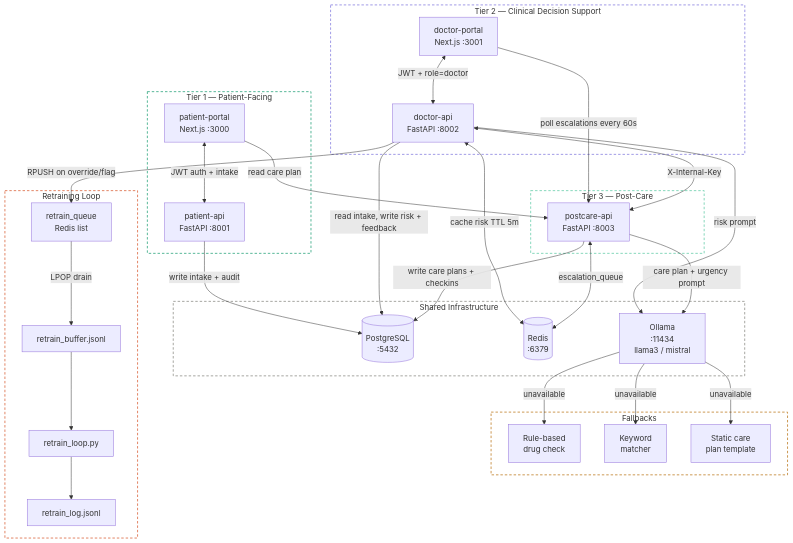
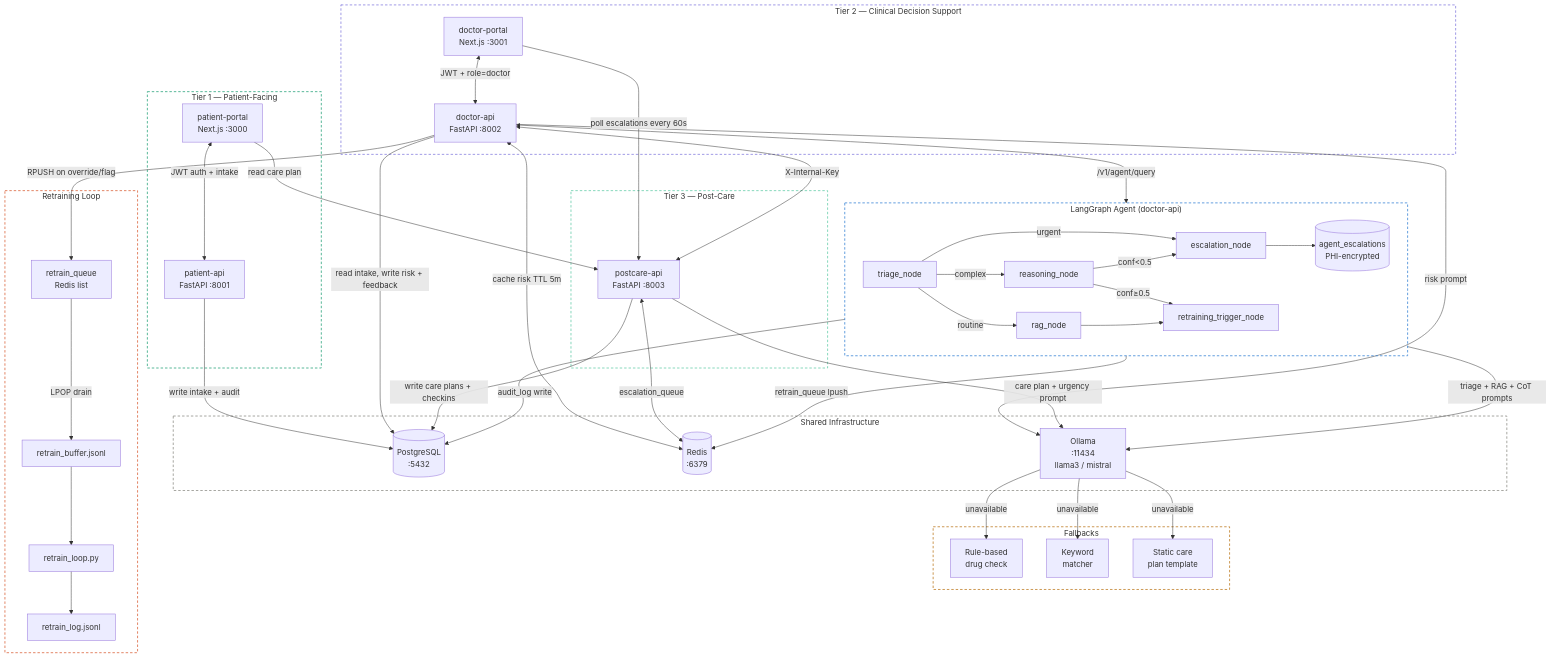
One commit to PranavViswanathan/CaduceusAI changed the diagram in docs/architecture.md. Above: the diagram before and after it, drawn with Mermaid. The commit also changed other lines of this file and 15 other files, not shown here.

First line of the commit message:
feat(doctor-api): add LangGraph agentic orchestration layer

````diff
--- a/docs/architecture.md
+++ b/docs/architecture.md
@@ -68,6 +68,27 @@
     RB2 --> RS
     RS --> RL
 
+    subgraph AGENT["LangGraph Agent (doctor-api)"]
+        TN["triage_node"]
+        RAN["rag_node"]
+        REN["reasoning_node"]
+        EN["escalation_node"]
+        RT["retraining_trigger_node"]
+        AE[("agent_escalations\nPHI-encrypted")]
+        TN -->|routine| RAN
+        TN -->|complex| REN
+        TN -->|urgent| EN
+        REN -->|conf≥0.5| RT
+        REN -->|conf<0.5| EN
+        RAN --> RT
+        EN --> AE
+    end
+
+    DA <-->|/v1/agent/query| AGENT
+    AGENT -->|audit_log write| PG
+    AGENT -->|retrain_queue lpush| RD
+    AGENT -->|triage + RAG + CoT prompts| OL
+
     DA -->|risk prompt| OL
     PCA -->|care plan + urgency prompt| OL
     OL -->|unavailable| RB
@@ -85,4 +106,5 @@
     style INFRA fill:transparent,stroke:#888780,stroke-width:1.5px,stroke-dasharray:5 4
     style FALLBACK fill:transparent,stroke:#BA7517,stroke-width:1.5px,stroke-dasharray:5 4
     style RETRAIN fill:transparent,stroke:#D85A30,stroke-width:1.5px,stroke-dasharray:5 4
+    style AGENT fill:transparent,stroke:#2D7DD2,stroke-width:1.5px,stroke-dasharray:5 4
 ```
````
